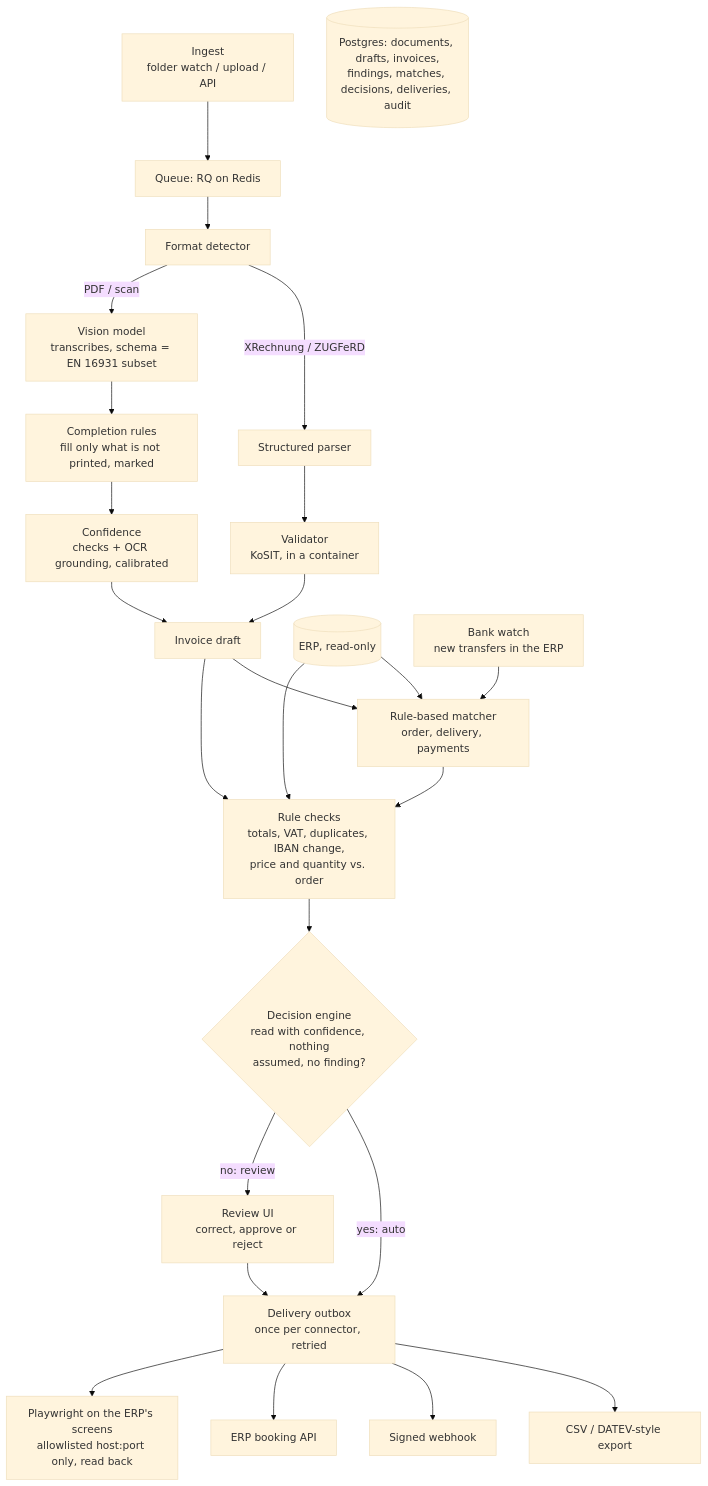
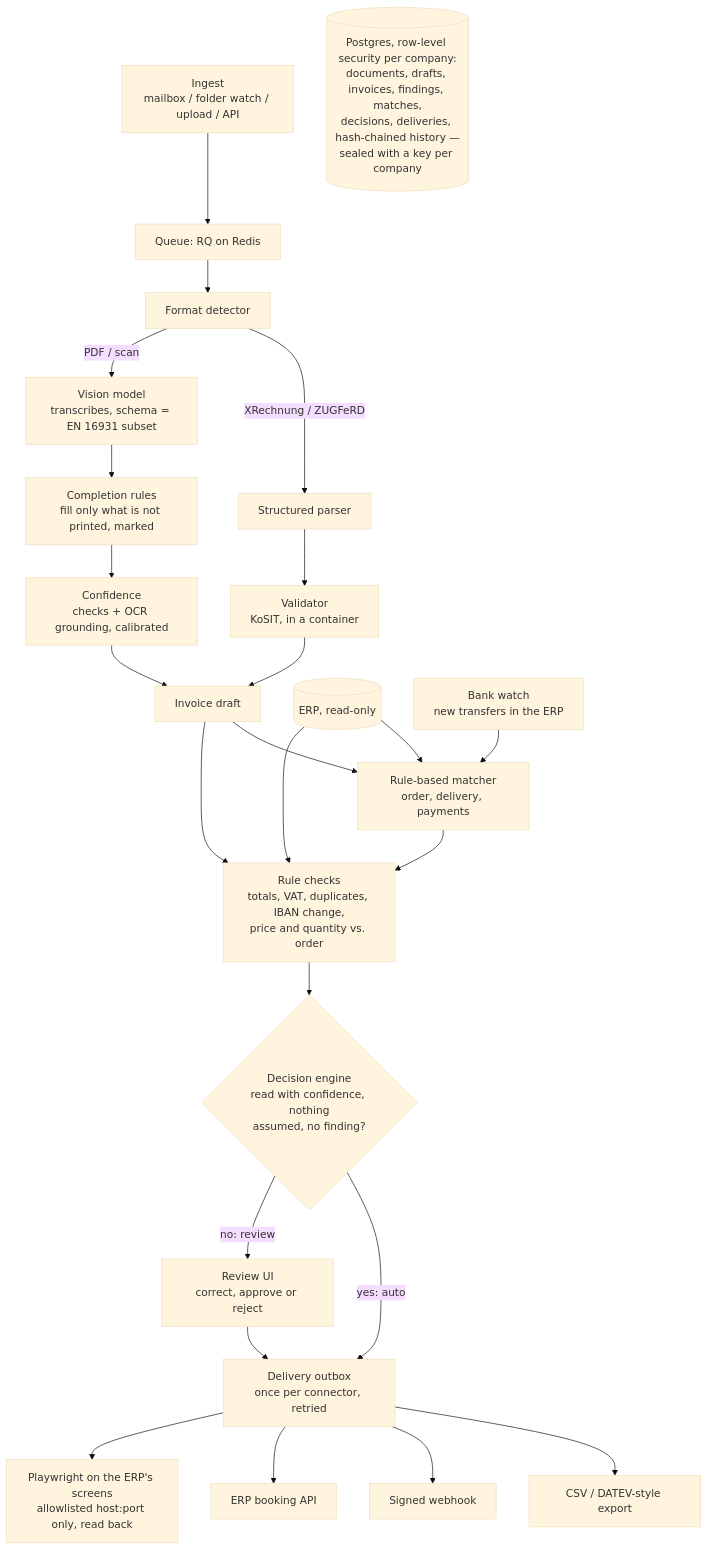
The diagram in ARCHITECTURE.md (DyanGao/einvoice-agent), drawn with Mermaid (base theme) before and after one commit. The commit also changed other lines of this file and 9 other files, not shown here.

First line of the commit message:
README and ARCHITECTURE for v1.0, demo GIF re-recorded, dates in the reader's notation (#84)

````diff
--- a/ARCHITECTURE.md
+++ b/ARCHITECTURE.md
@@ -10,26 +10,26 @@
 ```mermaid
 flowchart TD
-  IN[Ingest<br/>folder watch / upload / API] --> Q[Queue: RQ on Redis] --> DET[Format detector]
+  IN[Ingest<br/>mailbox / folder watch / upload / API] --> Q[Queue: RQ on Redis] --> DET[Format detector]
   DET -->|XRechnung / ZUGFeRD| SP[Structured parser]
   SP --> VAL[Validator<br/>KoSIT, in a container]
   DET -->|PDF / scan| EX[Vision model<br/>transcribes, schema = EN 16931 subset]
   EX --> CR[Completion rules<br/>fill only what is not printed, marked]
   CR --> CONF[Confidence<br/>checks + OCR grounding, calibrated]
   VAL --> NORM[Invoice draft]
   CONF --> NORM
   NORM --> MA[Rule-based matcher<br/>order, delivery, payments]
   ERP[(ERP, read-only)] --> MA
   ERP --> CHK
   NORM --> CHK[Rule checks<br/>totals, VAT, duplicates, IBAN change,<br/>price and quantity vs. order]
   MA --> CHK
   CHK --> DEC{Decision engine<br/>read with confidence, nothing<br/>assumed, no finding?}
   DEC -->|yes: auto| OUT[Delivery outbox<br/>once per connector, retried]
   DEC -->|no: review| HR[Review UI<br/>correct, approve or reject]
   HR --> OUT
   BANK[Bank watch<br/>new transfers in the ERP] --> MA
   OUT --> E1[CSV / DATEV-style export]
   OUT --> E2[Signed webhook]
   OUT --> E3[ERP booking API]
   OUT --> E4[Playwright on the ERP's screens<br/>allowlisted host:port only, read back]
-  ALL[(Postgres: documents, drafts, invoices,<br/>findings, matches, decisions, deliveries, audit)]
+  ALL[(Postgres, row-level security per company:<br/>documents, drafts, invoices, findings, matches,<br/>decisions, deliveries, hash-chained history —<br/>sealed with a key per company)]
 ```
````
